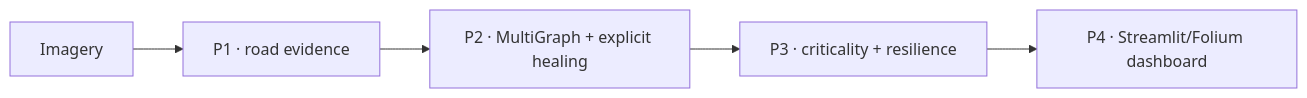
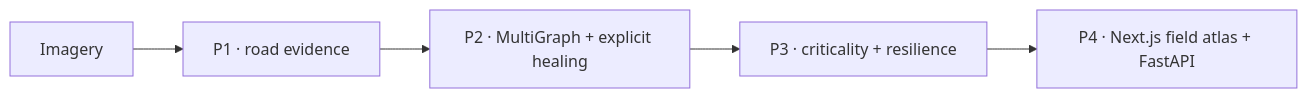
Before and after one commit to Akshat-Tiwari69/Trace: the diagram in README.md, drawn with Mermaid. The commit also changed other lines of this file and 115 other files, not shown here.

Commit message:
feat: ship route resilience field atlas

````diff
--- a/README.md
+++ b/README.md
@@ -13,7 +13,7 @@
 ```mermaid
 flowchart LR
     A[Imagery] --> B["P1 · road evidence"]
     B --> C["P2 · MultiGraph + explicit healing"]
     C --> D["P3 · criticality + resilience"]
-    D --> E["P4 · Streamlit/Folium dashboard"]
+    D --> E["P4 · Next.js field atlas + FastAPI"]
 ```
````
